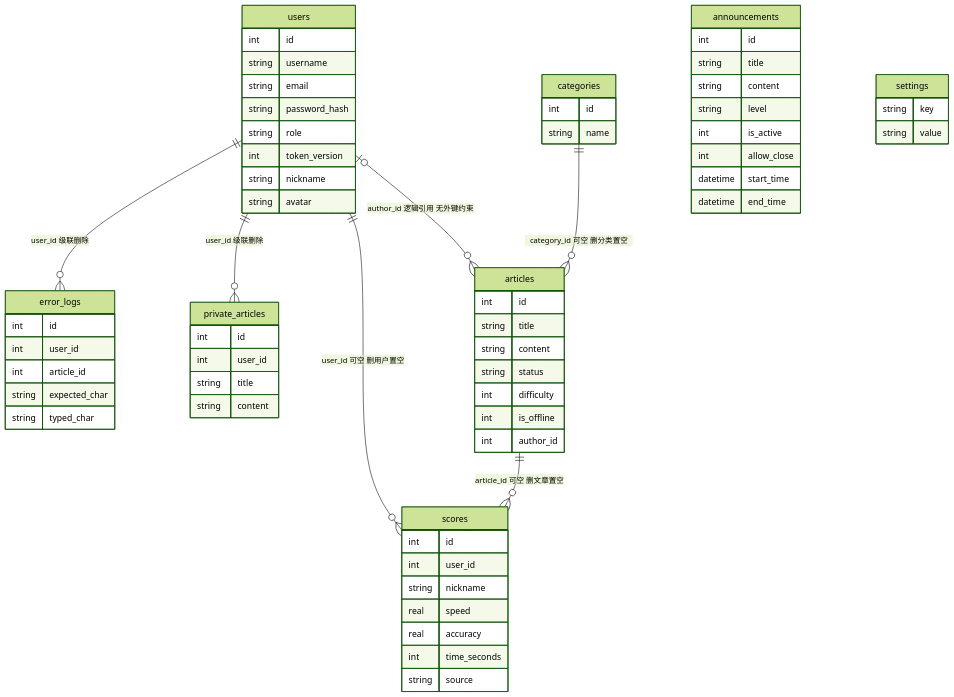
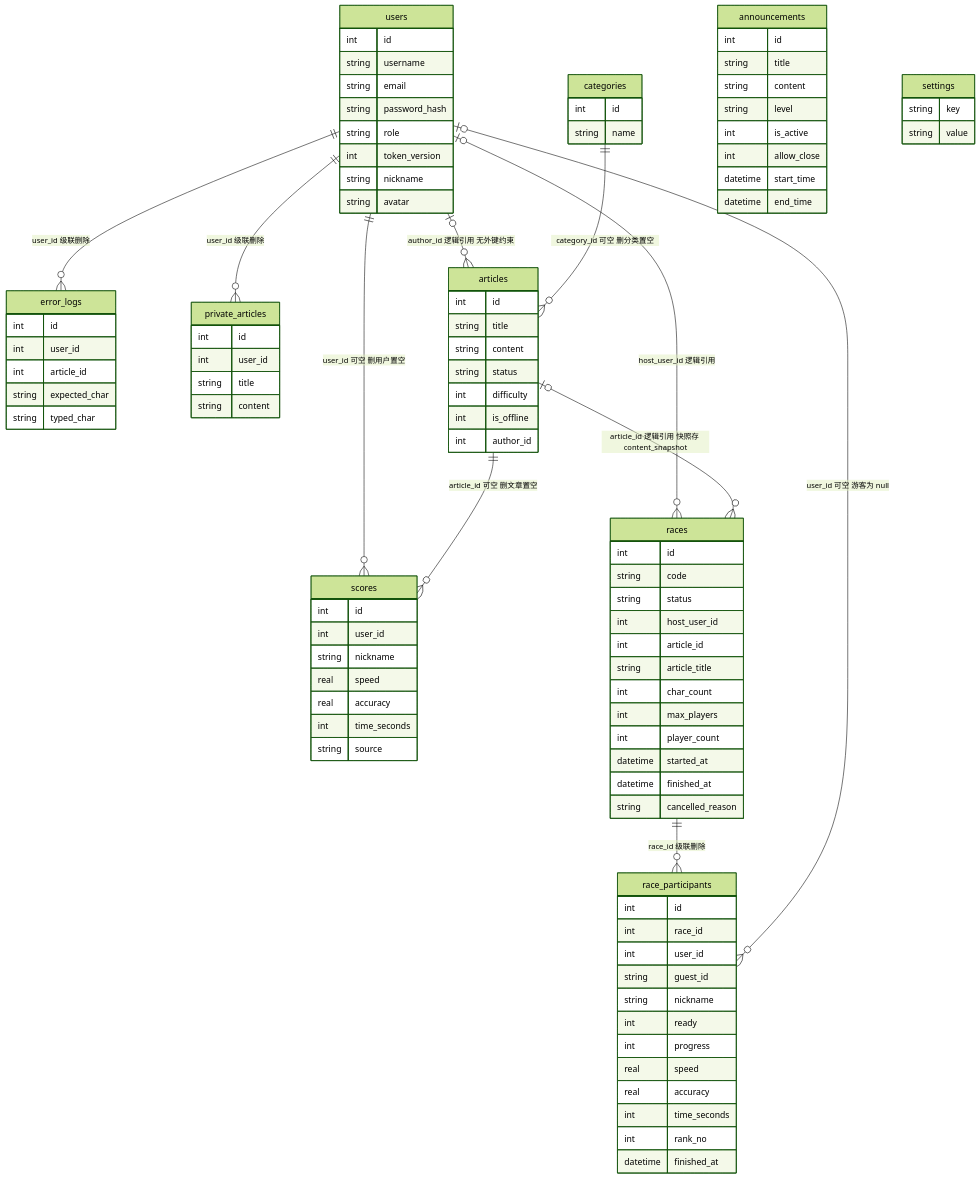
One commit to SliectStudio-official/SliectStudio-Typing changed the second of 10 diagrams in docs/模块图.md. Above: the diagram before and after it, drawn with Mermaid (forest theme). The commit also changed other lines of this file and 4 other files, not shown here.

Commit message:
docs: 架构重写(93端点+比赛运行时) / 模块图补 race-runtime 与两张表 / 坑库终检 42 条 / P31 收尾批

````diff
--- a/docs/模块图.md
+++ b/docs/模块图.md
@@ -32,6 +34,10 @@
   users ||--o{ error_logs : "user_id 级联删除"
   users ||--o{ private_articles : "user_id 级联删除"
   users o|--o{ articles : "author_id 逻辑引用 无外键约束"
+  races ||--o{ race_participants : "race_id 级联删除"
+  users o|--o{ race_participants : "user_id 可空 游客为 null"
+  users o|--o{ races : "host_user_id 逻辑引用"
+  articles o|--o{ races : "article_id 逻辑引用 快照存 content_snapshot"
   categories ||--o{ articles : "category_id 可空 删分类置空"
   articles ||--o{ scores : "article_id 可空 删文章置空"
   users {
@@ -93,4 +99,32 @@
     string key
     string value
   }
+  races {
+    int id
+    string code
+    string status
+    int host_user_id
+    int article_id
+    string article_title
+    int char_count
+    int max_players
+    int player_count
+    datetime started_at
+    datetime finished_at
+    string cancelled_reason
+  }
+  race_participants {
+    int id
+    int race_id
+    int user_id
+    string guest_id
+    string nickname
+    int ready
+    int progress
+    real speed
+    real accuracy
+    int time_seconds
+    int rank_no
+    datetime finished_at
+  }
 ```
````
